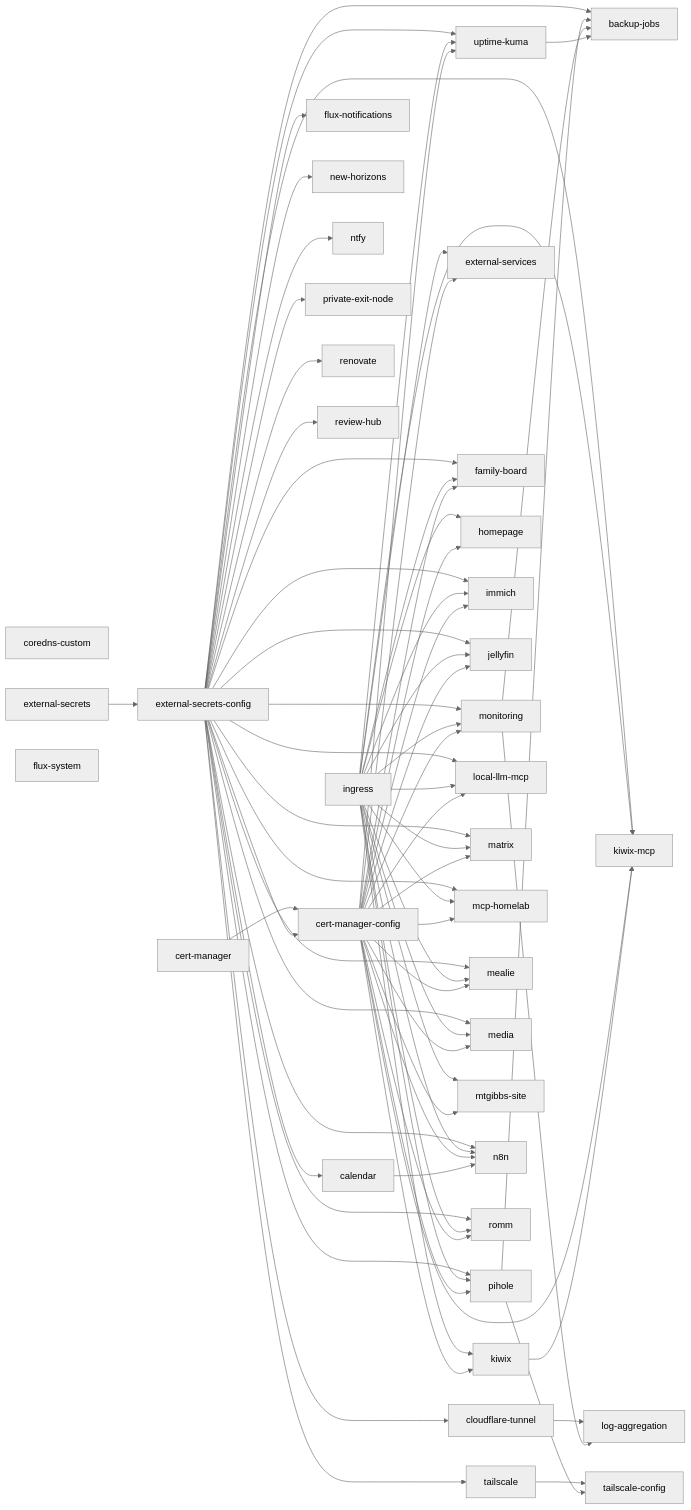
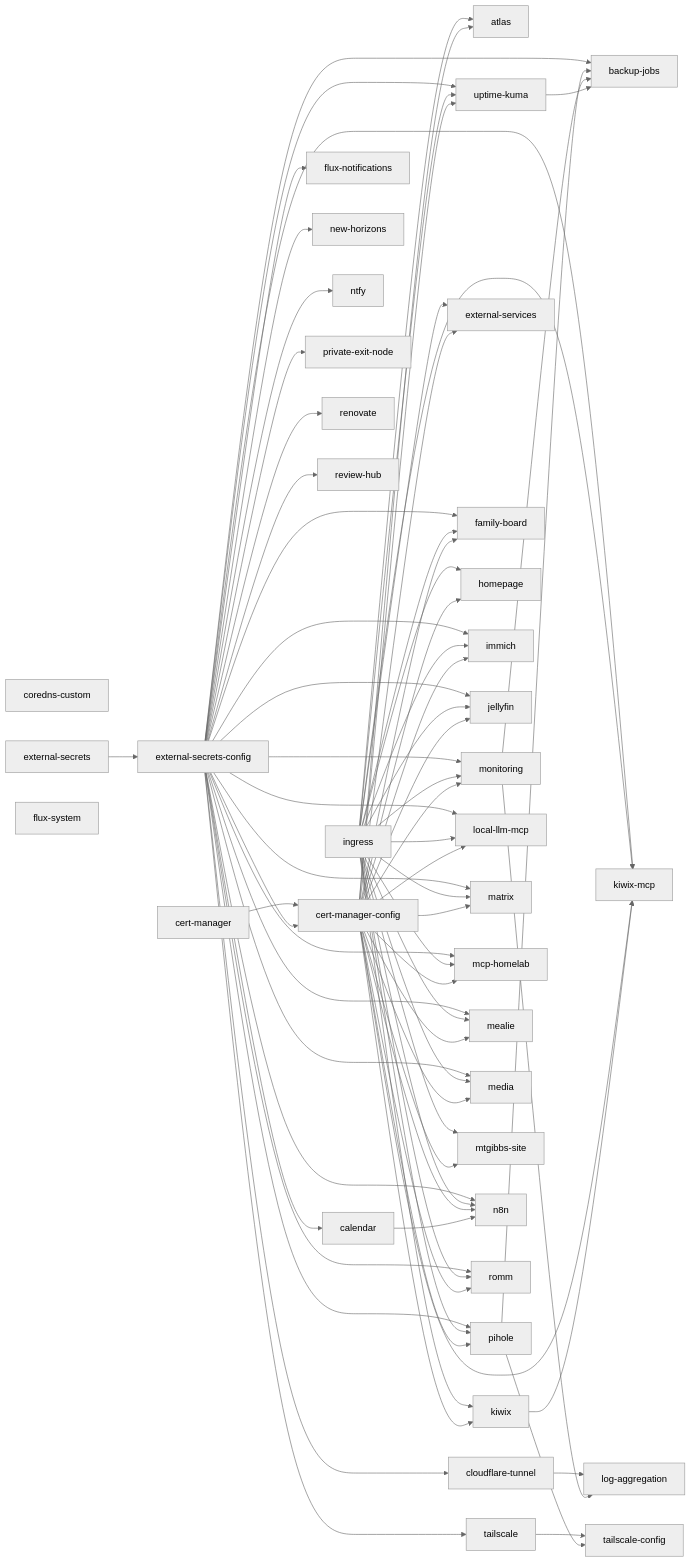
One commit to mtgibbs/pi-cluster changed the diagram in docs/domain-map.md. Above: the diagram before and after it, drawn with Mermaid (neutral theme). The commit also changed other lines of this file, not shown here.

First line of the commit message:
docs: regenerate domain map for the atlas service

````diff
--- a/docs/domain-map.md
+++ b/docs/domain-map.md
@@ -46,5 +46,10 @@
 ```mermaid
 graph LR
+  k4urrac["atlas"]
+  kkuvy6m["ingress"]
+  kkuvy6m --> k4urrac
+  k19g0j44["cert-manager-config"]
+  k19g0j44 --> k4urrac
   kwoyrdm["backup-jobs"]
   k1unc8vb["external-secrets-config"]
   k1unc8vb --> kwoyrdm
@@ -57,7 +62,6 @@
   kwdw79["calendar"]
   k1unc8vb --> kwdw79
   k1b1zvd7["cert-manager"]
-  k19g0j44["cert-manager-config"]
   k1b1zvd7 --> k19g0j44
   k1unc8vb --> k19g0j44
   k19brzrp["cloudflare-tunnel"]
@@ -66,7 +70,6 @@
   k38fyg["external-secrets"]
   k38fyg --> k1unc8vb
   k9y7g1l["external-services"]
-  kkuvy6m["ingress"]
   kkuvy6m --> k9y7g1l
   k19g0j44 --> k9y7g1l
   k1xirz5w["family-board"]
````
